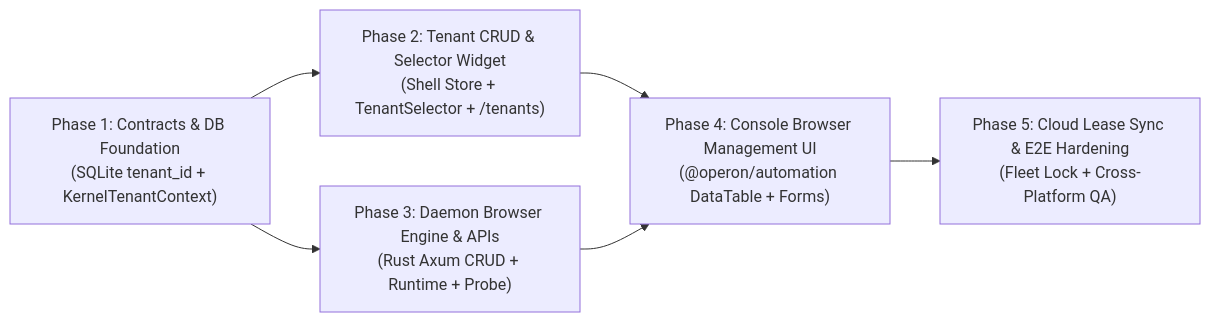
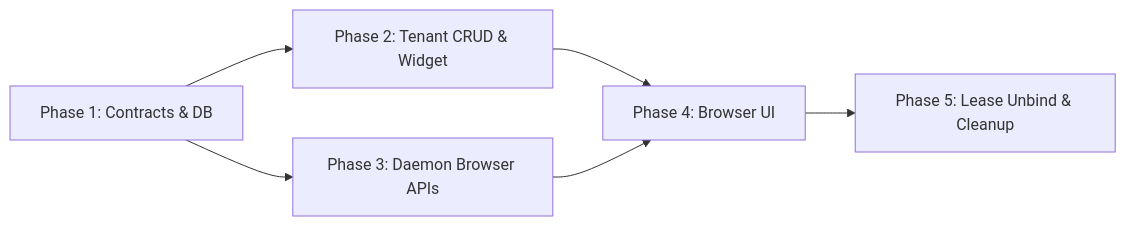
The diagram in roadmaps/ROADMAP-001-tenant-and-browser.md (tuquet/operon), drawn with Mermaid before and after one commit. The commit also changed other lines of this file and 10 other files, not shown here.

````diff
--- a/roadmaps/ROADMAP-001-tenant-and-browser.md
+++ b/roadmaps/ROADMAP-001-tenant-and-browser.md
@@ -20,8 +13,8 @@
 ```mermaid
 flowchart LR
-    P1["Phase 1: Contracts & DB Foundation<br/>(SQLite tenant_id + KernelTenantContext)"] --> P2["Phase 2: Tenant CRUD & Selector Widget<br/>(Shell Store + TenantSelector + /tenants)"]
-    P1 --> P3["Phase 3: Daemon Browser Engine & APIs<br/>(Rust Axum CRUD + Runtime + Probe)"]
-    P2 --> P4["Phase 4: Console Browser Management UI<br/>(@operon/automation DataTable + Forms)"]
+    P1["Phase 1: Contracts & DB"] --> P2["Phase 2: Tenant CRUD & Widget"]
+    P1 --> P3["Phase 3: Daemon Browser APIs"]
+    P2 --> P4["Phase 4: Browser UI"]
     P3 --> P4
-    P4 --> P5["Phase 5: Cloud Lease Sync & E2E Hardening<br/>(Fleet Lock + Cross-Platform QA)"]
+    P4 --> P5["Phase 5: Lease Unbind & Cleanup"]
 ```
````
